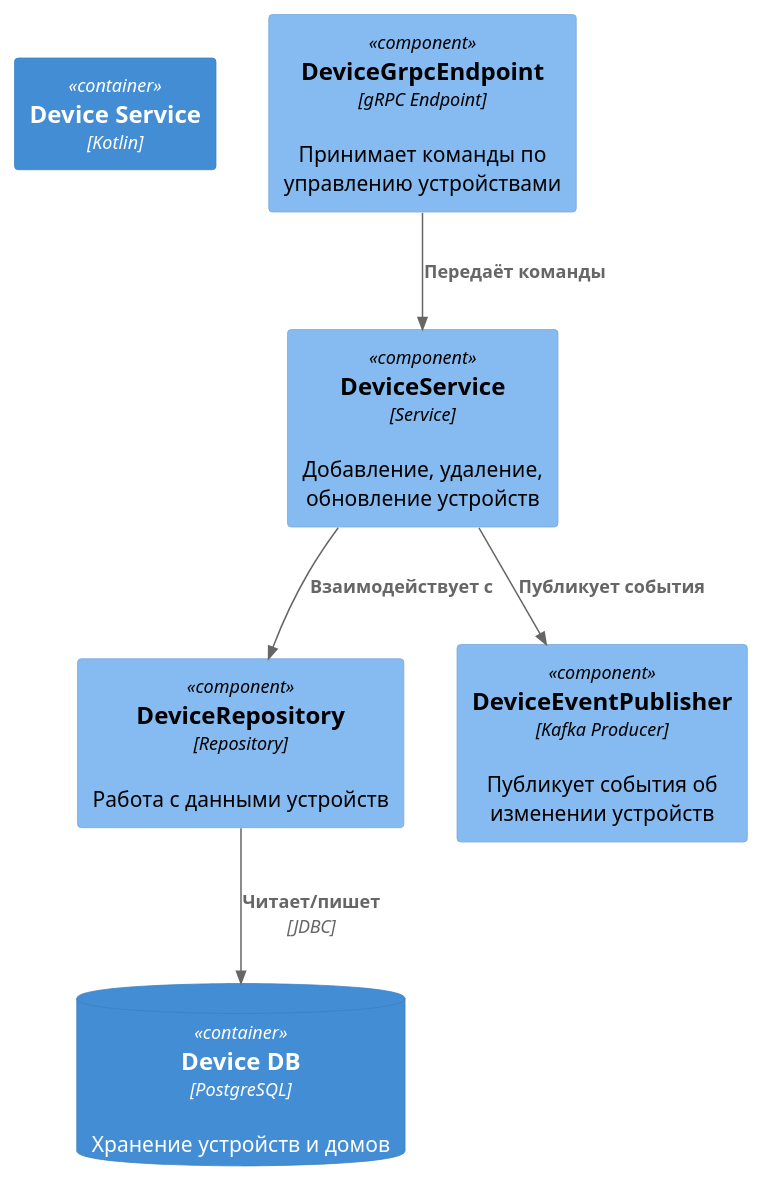
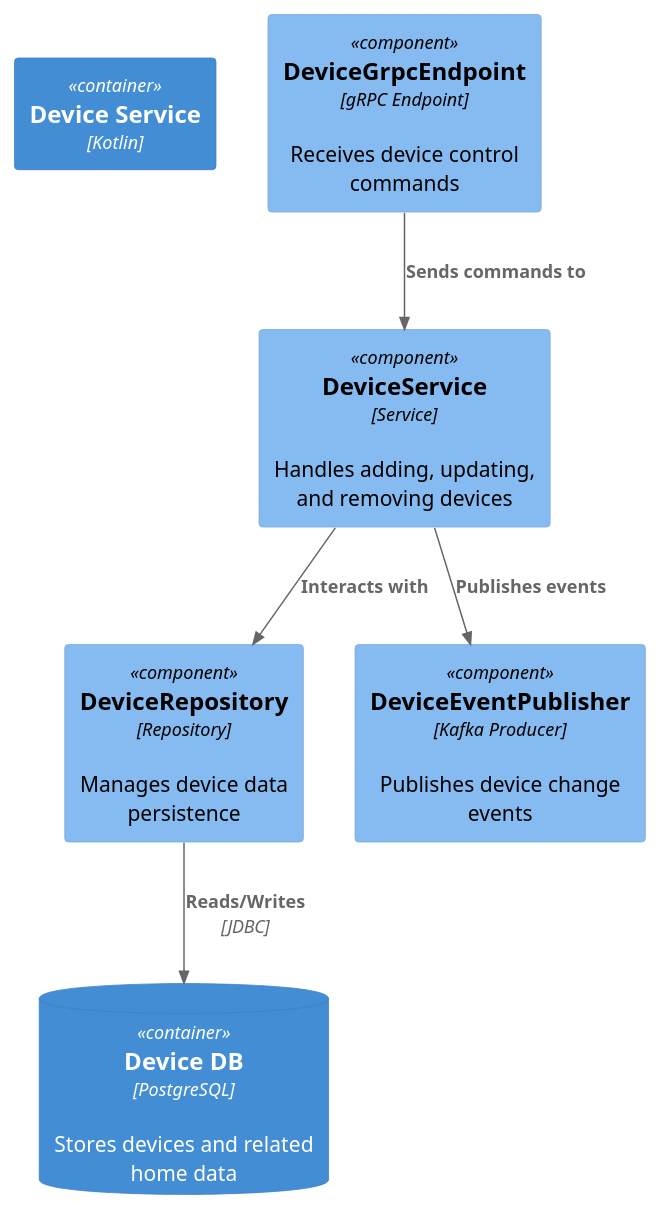
The diagram in docs/diagrams/component/Device_Component.puml (vladislavego/architecture-warmhouse), drawn with PlantUML before and after one commit. The commit also changed 13 other files, not shown here.

```diff
--- a/docs/diagrams/component/Device_Component.puml
+++ b/docs/diagrams/component/Device_Component.puml
@@ -1,17 +1,17 @@
 @startuml DeviceService_Component
 !includeurl https://raw.githubusercontent.com/plantuml-stdlib/C4-PlantUML/master/C4_Component.puml
 
 Container(deviceService, "Device Service", "Kotlin")
 
-Component(api, "DeviceGrpcEndpoint", "gRPC Endpoint", "Принимает команды по управлению устройствами")
-Component(service, "DeviceService", "Service", "Добавление, удаление, обновление устройств")
-Component(repo, "DeviceRepository", "Repository", "Работа с данными устройств")
-Component(eventProducer, "DeviceEventPublisher", "Kafka Producer", "Публикует события об изменении устройств")
-ContainerDb(deviceDb, "Device DB", "PostgreSQL", "Хранение устройств и домов")
+Component(api, "DeviceGrpcEndpoint", "gRPC Endpoint", "Receives device control commands")
+Component(service, "DeviceService", "Service", "Handles adding, updating, and removing devices")
+Component(repo, "DeviceRepository", "Repository", "Manages device data persistence")
+Component(eventProducer, "DeviceEventPublisher", "Kafka Producer", "Publishes device change events")
+ContainerDb(deviceDb, "Device DB", "PostgreSQL", "Stores devices and related home data")
 
-Rel(api, service, "Передаёт команды")
-Rel(service, repo, "Взаимодействует с")
-Rel(service, eventProducer, "Публикует события")
-Rel(repo, deviceDb, "Читает/пишет", "JDBC")
+Rel(api, service, "Sends commands to")
+Rel(service, repo, "Interacts with")
+Rel(service, eventProducer, "Publishes events")
+Rel(repo, deviceDb, "Reads/Writes", "JDBC")
 
 @enduml
```
